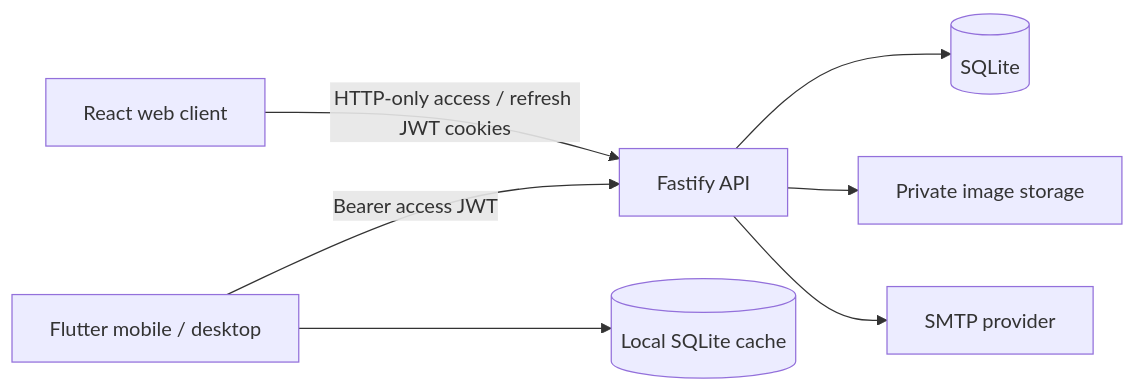
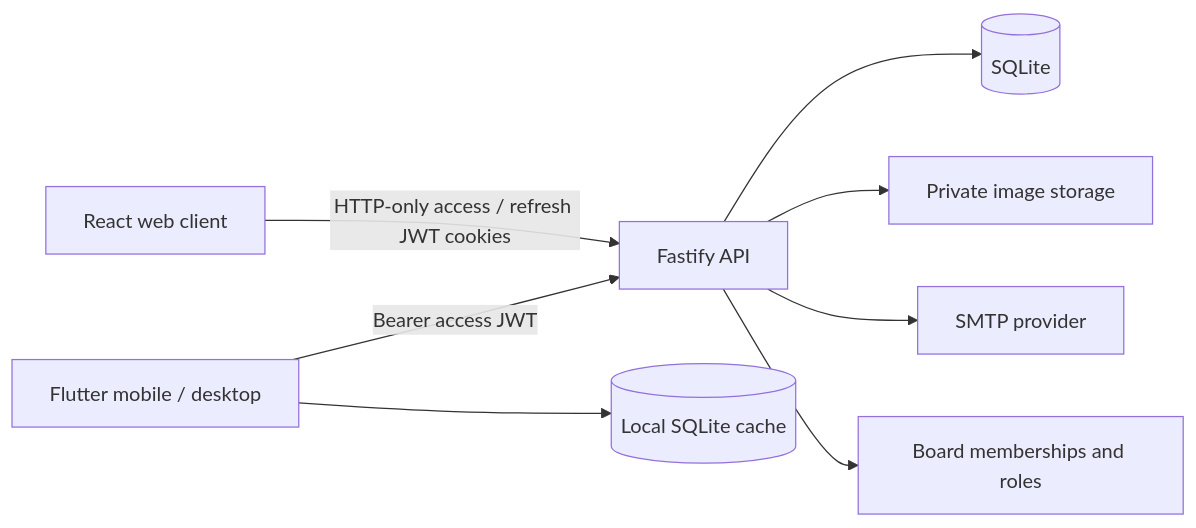
One commit to YAlperenBOZKURT/easy-plan changed the diagram in README.md. Above: the diagram before and after it, drawn with Mermaid. The commit also changed other lines of this file and 33 other files, not shown here.

````diff
--- a/README.md
+++ b/README.md
@@ -29,9 +30,10 @@
 ```mermaid
 flowchart LR
     Web[React web client] -->|HTTP-only access / refresh JWT cookies| API[Fastify API]
     Native[Flutter mobile / desktop] -->|Bearer access JWT| API
     API --> DB[(SQLite)]
     API --> Files[Private image storage]
     API --> SMTP[SMTP provider]
+    API --> Permissions[Board memberships and roles]
     Native --> Cache[(Local SQLite cache)]
 ```
````
